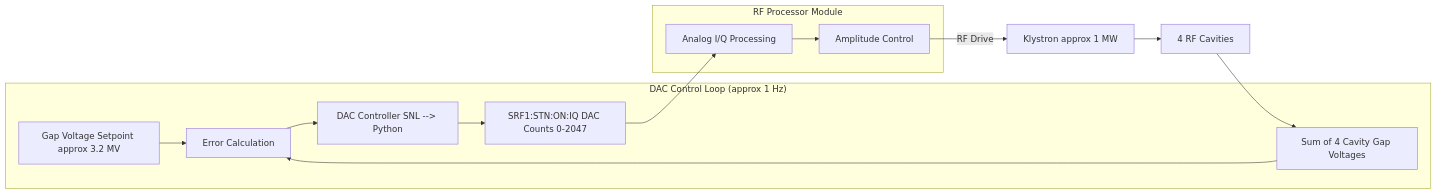
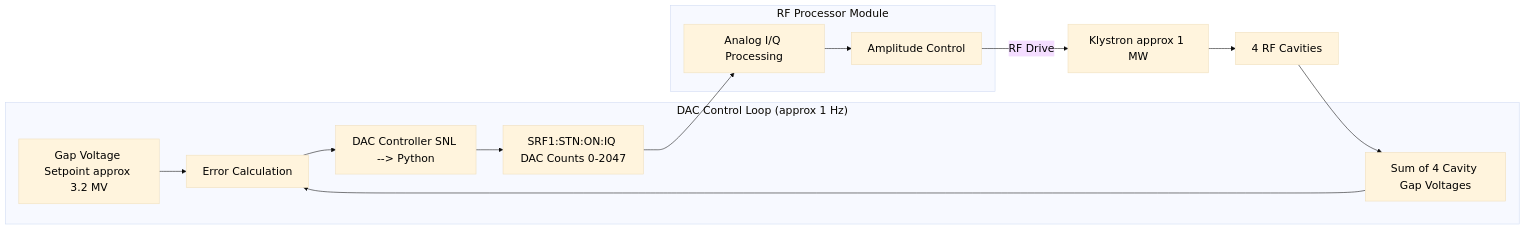
One commit to fayaw/spearlegacyLLRF changed the fifth of 18 diagrams in SPEAR3_LLRF_COMPREHENSIVE_ANALYSIS.md. Above: the diagram before and after it, drawn with Mermaid. The commit also changed other lines of this file, not shown here.

First line of the commit message:
Increase font to 20px on 7 diagrams, fix lead screw spec from 20 TPI to 1/2-10 Acme

````diff
--- a/SPEAR3_LLRF_COMPREHENSIVE_ANALYSIS.md
+++ b/SPEAR3_LLRF_COMPREHENSIVE_ANALYSIS.md
@@ -230,25 +231,26 @@
 ```mermaid
+%%{init: {'theme':'base', 'themeVariables': {'fontSize': '20px', 'fontFamily': 'Arial', 'primaryTextColor': '#000000'}}}%%
 graph LR
  subgraph "DAC Control Loop (approx 1 Hz)"
  Setpoint[Gap Voltage Setpoint approx 3.2 MV]
  Sum[Sum of 4 Cavity Gap Voltages]
  Error[Error Calculation]
  Controller[DAC Controller SNL --> Python]
  DAC_PV[SRF1:STN:ON:IQ DAC Counts 0-2047]
  end
  
  subgraph "RF Processor Module"
  RFP[Analog I/Q Processing]
  Amp[Amplitude Control]
  end
  
  Setpoint --> Error
  Sum --> Error
  Error --> Controller
  Controller --> DAC_PV
  DAC_PV --> RFP
  RFP --> Amp
  Amp --> |RF Drive| Klystron[Klystron approx 1 MW]
  Klystron --> Cavities[4 RF Cavities]
  Cavities --> Sum
 ```
````
